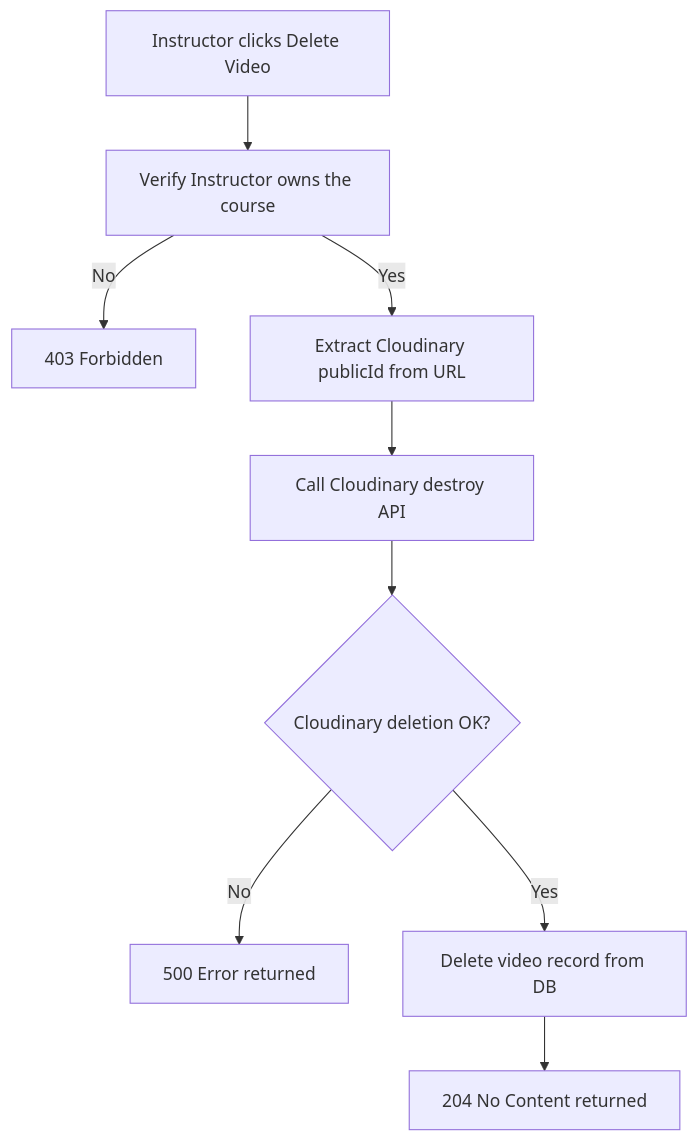
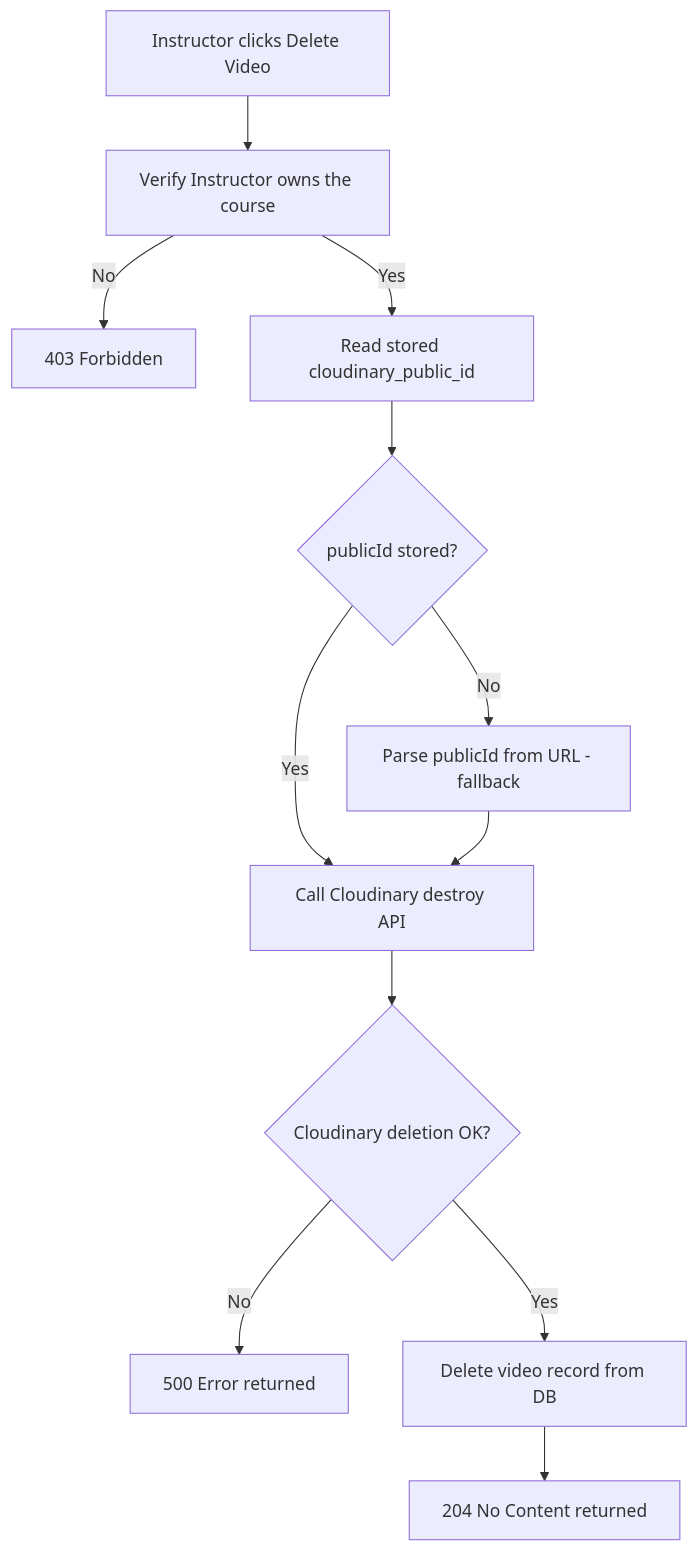
The fourth of 8 diagrams in FUNCTIONAL_DOCUMENT.md (laveshgaur/LearnFlow), drawn with Mermaid before and after one commit. The commit also changed other lines of this file and 11 other files, not shown here.

````diff
--- a/FUNCTIONAL_DOCUMENT.md
+++ b/FUNCTIONAL_DOCUMENT.md
@@ -199,11 +287,14 @@
 ```mermaid
 flowchart TD
 A[Instructor clicks Delete Video] --> B[Verify Instructor owns the course]
 B -->|No| C[403 Forbidden]
-B -->|Yes| D[Extract Cloudinary publicId from URL]
-D --> E[Call Cloudinary destroy API]
-E --> F{Cloudinary deletion OK?}
-F -->|No| G[500 Error returned]
-F -->|Yes| H[Delete video record from DB]
-H --> I[204 No Content returned]
+B -->|Yes| D[Read stored cloudinary_public_id]
+D --> E{publicId stored?}
+E -->|Yes| F[Call Cloudinary destroy API]
+E -->|No| G[Parse publicId from URL - fallback]
+G --> F
+F --> H{Cloudinary deletion OK?}
+H -->|No| I[500 Error returned]
+H -->|Yes| J[Delete video record from DB]
+J --> K[204 No Content returned]
 ```
````
